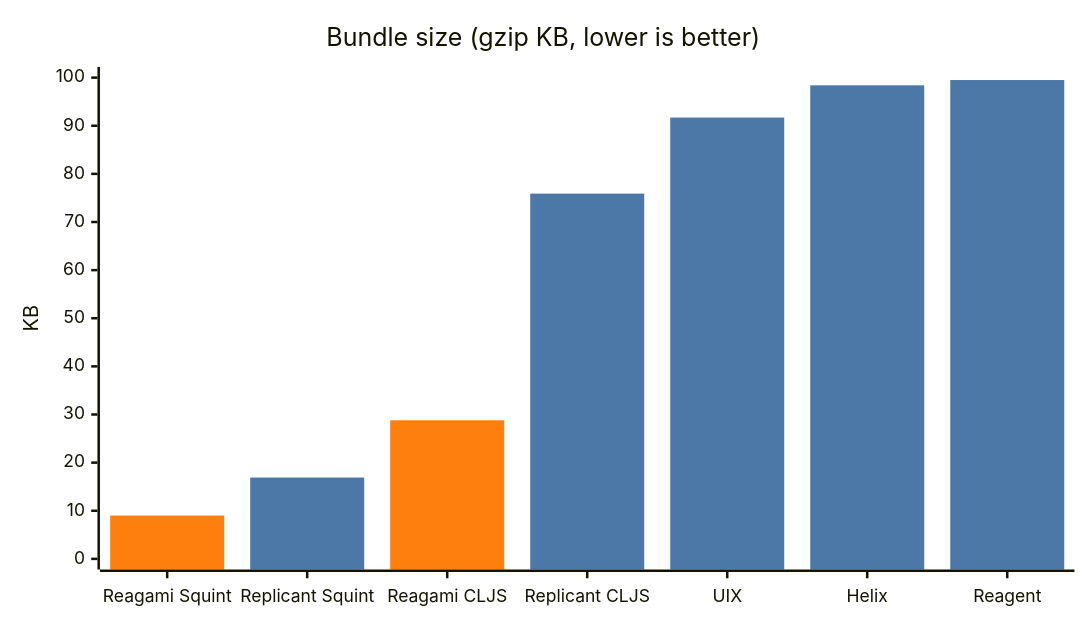
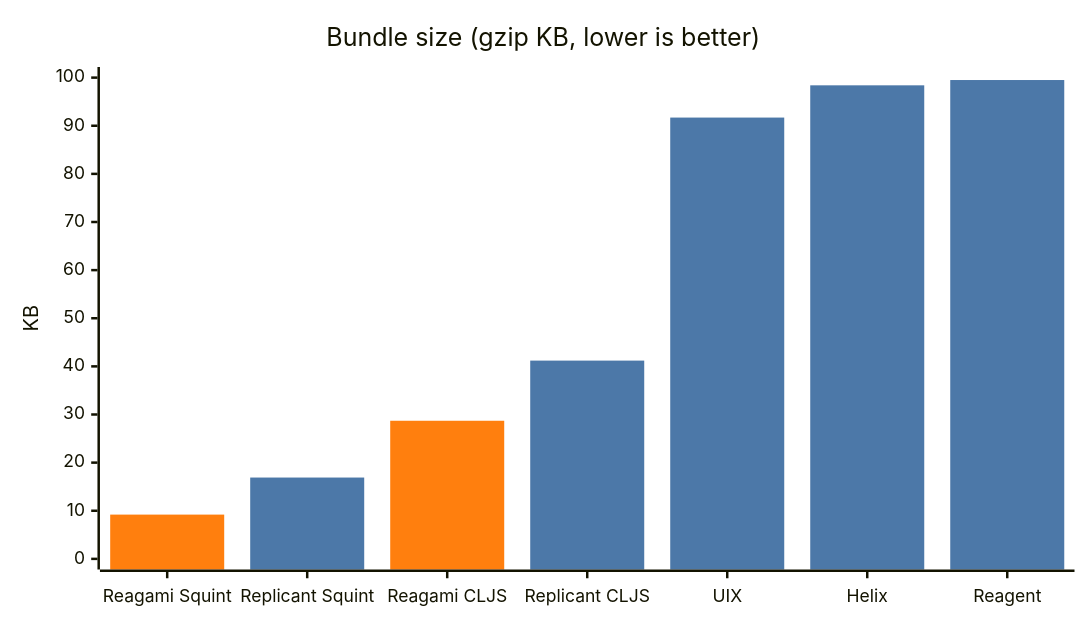
Before and after one commit to borkdude/reagami: the second of 2 diagrams in README.md, drawn with Mermaid. The commit also changed 1 other file, not shown here.

Commit message:
Fix Replicant CLJS size: 41.2 KB, not a pretty-printed 75.9 (#48)
The benchmark's Replicant CLJS entry built with figwheel and :pretty-print true
in its advanced prod config, so its bundle was inflated by a toolchain artifact
rather than measuring Replicant. That entry now builds with shadow release like
every other CLJS entry, and both CLJS entries moved off stale pins.

Also corrects Reagami Squint 9.0 -> 9.2 (the table is decimal KB; that one was
computed with 1024) and Reagami CLJS 28.8 -> 28.7. Records the build method per
target so a mismatched toolchain cannot hide again. Performance numbers are
unchanged: re-running the benchmark against the rebuilt entries reproduces them.

````diff
--- a/README.md
+++ b/README.md
@@ -203,17 +203,17 @@
 ```mermaid
 ---
 config:
   xyChart:
     width: 850
     height: 480
   themeVariables:
     xyChart:
       plotColorPalette: "#ff7f0e, #4c78a8"
 ---
 xychart-beta
     title "Bundle size (gzip KB, lower is better)"
     x-axis ["Reagami Squint", "Replicant Squint", "Reagami CLJS", "Replicant CLJS", "UIX", "Helix", "Reagent"]
     y-axis "KB" 0 --> 100
-    bar [9.0, -5, 28.8, -5, -5, -5, -5]
-    bar [-5, 16.9, -5, 75.9, 91.7, 98.4, 99.5]
+    bar [9.2, -5, 28.7, -5, -5, -5, -5]
+    bar [-5, 16.9, -5, 41.2, 91.7, 98.4, 99.5]
 ```
````
